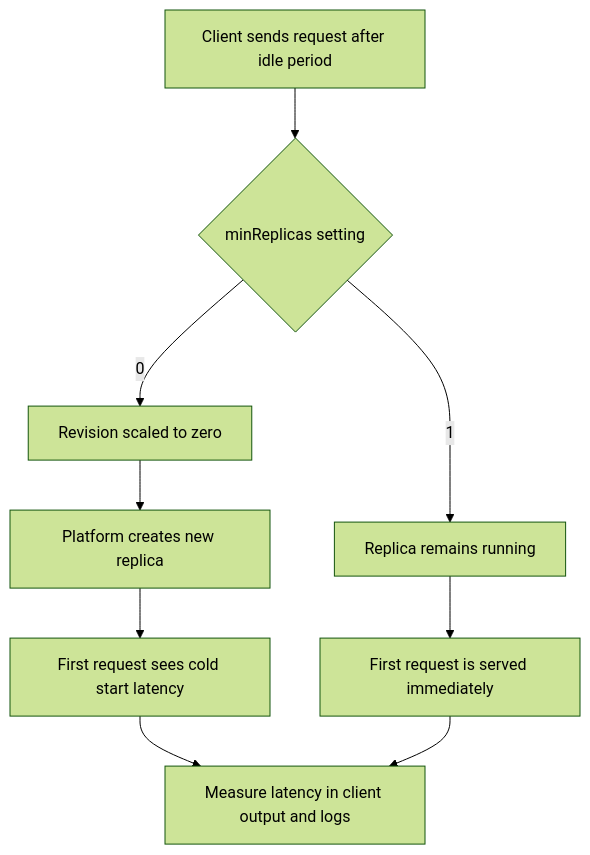
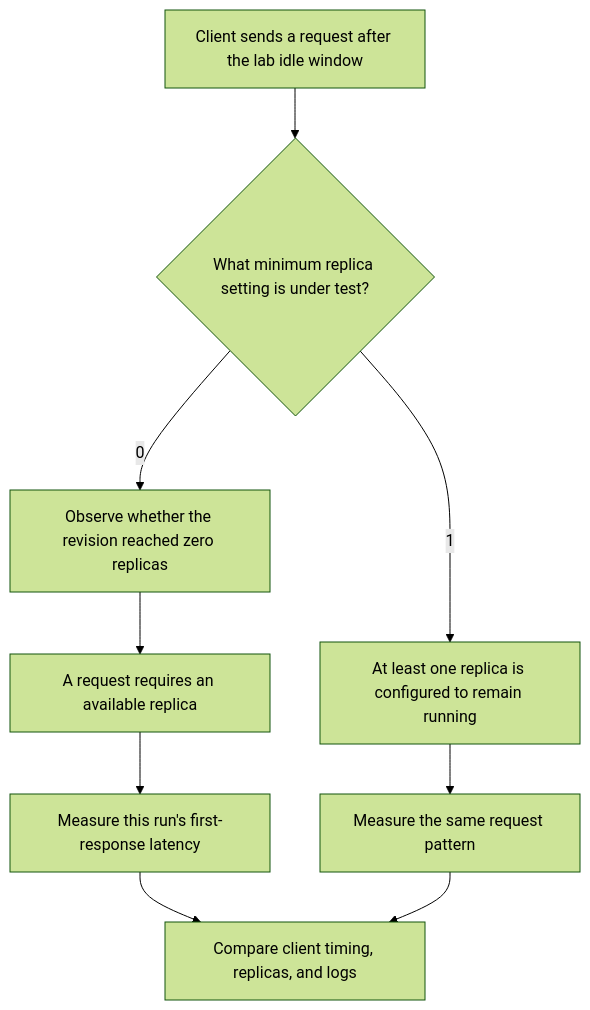
The diagram in docs/troubleshooting/lab-guides/cold-start-scale-to-zero.md (yeongseon/azure-container-apps-practical-guide), drawn with Mermaid (forest theme) before and after one commit. The commit also changed other lines of this file and 25 other files, not shown here.

Commit message:
docs(diagrams): migrate lab guide diagrams (#624)

````diff
--- a/docs/troubleshooting/lab-guides/cold-start-scale-to-zero.md
+++ b/docs/troubleshooting/lab-guides/cold-start-scale-to-zero.md
@@ -55,11 +55,11 @@
 ```mermaid
 flowchart TD
-    A[Client sends request after idle period] --> B{minReplicas setting}
-    B -->|0| C[Revision scaled to zero]
-    C --> D[Platform creates new replica]
-    D --> E[First request sees cold start latency]
-    B -->|1| F[Replica remains running]
-    F --> G[First request is served immediately]
-    E --> H[Measure latency in client output and logs]
-    G --> H
+    REQUEST["Client sends a request after the lab idle window"] --> MIN{"What minimum replica setting is under test?"}
+    MIN -->|0| ZERO["Observe whether the revision reached zero replicas"]
+    ZERO --> START["A request requires an available replica"]
+    START --> LATENCY["Measure this run's first-response latency"]
+    MIN -->|1| READY["At least one replica is configured to remain running"]
+    READY --> COMPARE["Measure the same request pattern"]
+    LATENCY --> RESULT["Compare client timing, replicas, and logs"]
+    COMPARE --> RESULT
 ```
````
